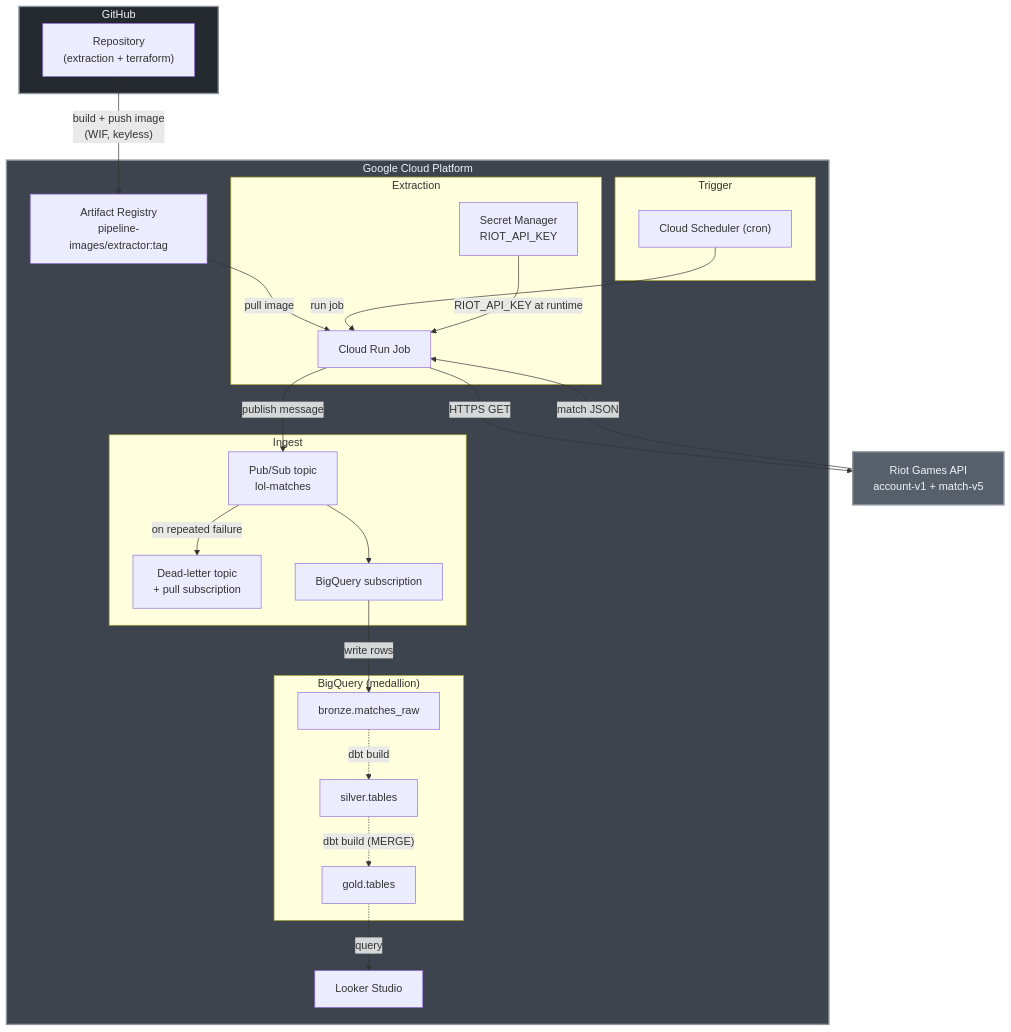
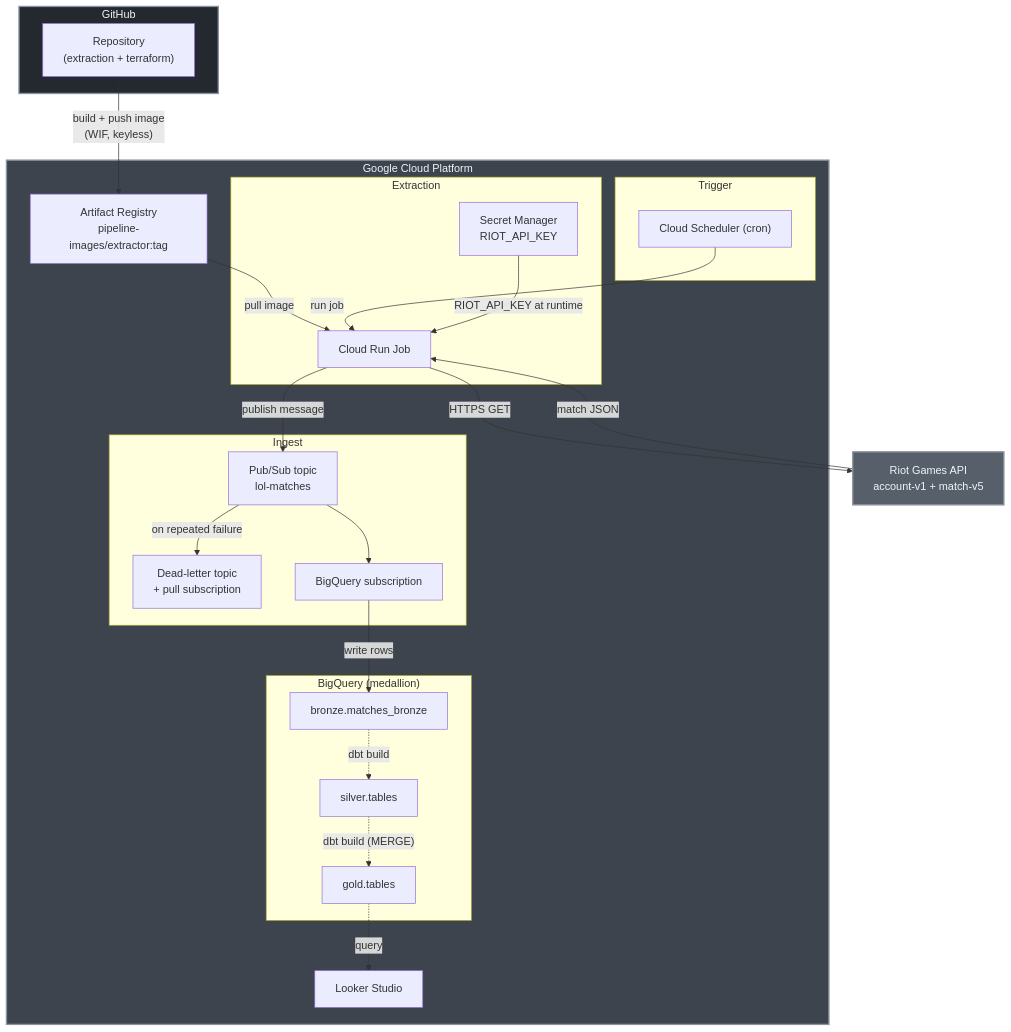
The first of 4 diagrams in README.md (RobertGleison/gcp-demo-pipeline), drawn with Mermaid before and after one commit. The commit also changed other lines of this file and 19 other files, not shown here.

````diff
--- a/README.md
+++ b/README.md
@@ -9,53 +8,53 @@
 ```mermaid
 flowchart TB
     subgraph github["GitHub"]
         GH["Repository<br/>(extraction + terraform)"]
     end
 
     RIOT["Riot Games API<br/>account-v1 + match-v5"]
 
     subgraph gcp["Google Cloud Platform"]
         AR["Artifact Registry<br/>pipeline-images/extractor:tag"]
 
         subgraph trigger["Trigger"]
             SCH["Cloud Scheduler (cron)"]
         end
 
         subgraph extract["Extraction"]
             JOB["Cloud Run Job"]
             SM["Secret Manager<br/>RIOT_API_KEY"]
         end
 
         subgraph ingest["Ingest"]
             TOPIC["Pub/Sub topic<br/>lol-matches"]
             DLQ["Dead-letter topic<br/>+ pull subscription"]
             BQSUB["BigQuery subscription"]
         end
 
         subgraph warehouse["BigQuery (medallion)"]
-            RAW["bronze.matches_raw"]
+            bronze["bronze.matches_bronze"]
             STG["silver.tables"]
-            MARTS["gold.tables"]
+            gold["gold.tables"]
         end
 
         LOOKER["Looker Studio"]
     end
 
     GH -- "build + push image<br/>(WIF, keyless)" --> AR
     AR -- "pull image" --> JOB
     SCH -- "run job" --> JOB
     SM -- "RIOT_API_KEY at runtime" --> JOB
     JOB -- "HTTPS GET" --> RIOT
     RIOT -- "match JSON" --> JOB
     JOB -- "publish message" --> TOPIC
     TOPIC -- "on repeated failure" --> DLQ
     TOPIC --> BQSUB
-    BQSUB -- "write rows" --> RAW
-    RAW -. "dbt build" .-> STG
-    STG -. "dbt build (MERGE)" .-> MARTS
-    MARTS -. "query" .-> LOOKER
+    BQSUB -- "write rows" --> bronze
+    bronze -. "dbt build" .-> STG
+    STG -. "dbt build (MERGE)" .-> gold
+    gold -. "query" .-> LOOKER
 
     style github fill:#24292f,stroke:#8b949e,stroke-width:2px,color:#f0f4f8
     style gcp fill:#3d444d,stroke:#8b949e,stroke-width:2px,color:#f0f4f8
     style RIOT fill:#57606a,stroke:#8b949e,stroke-width:2px,color:#f0f4f8
 ```
````
